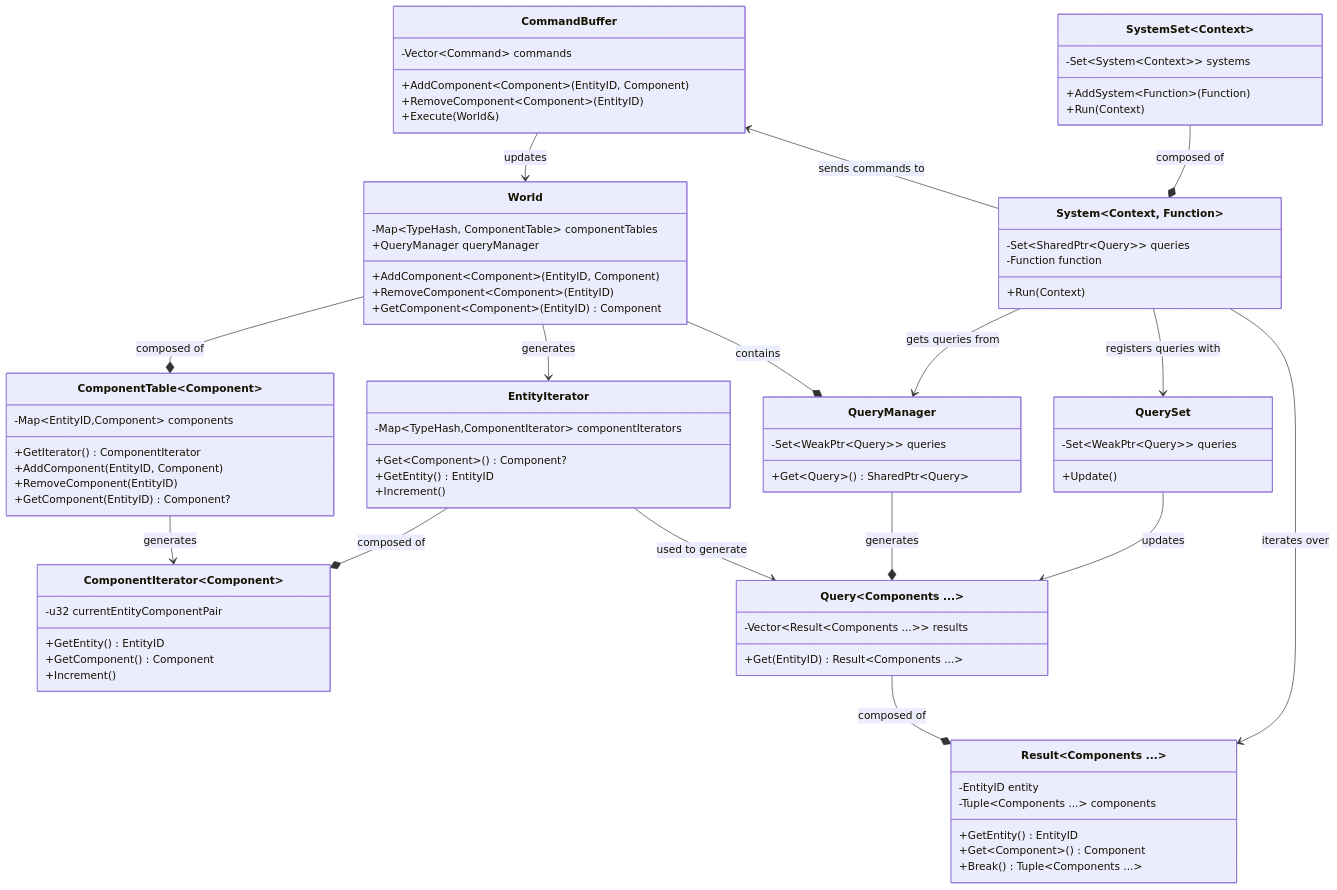
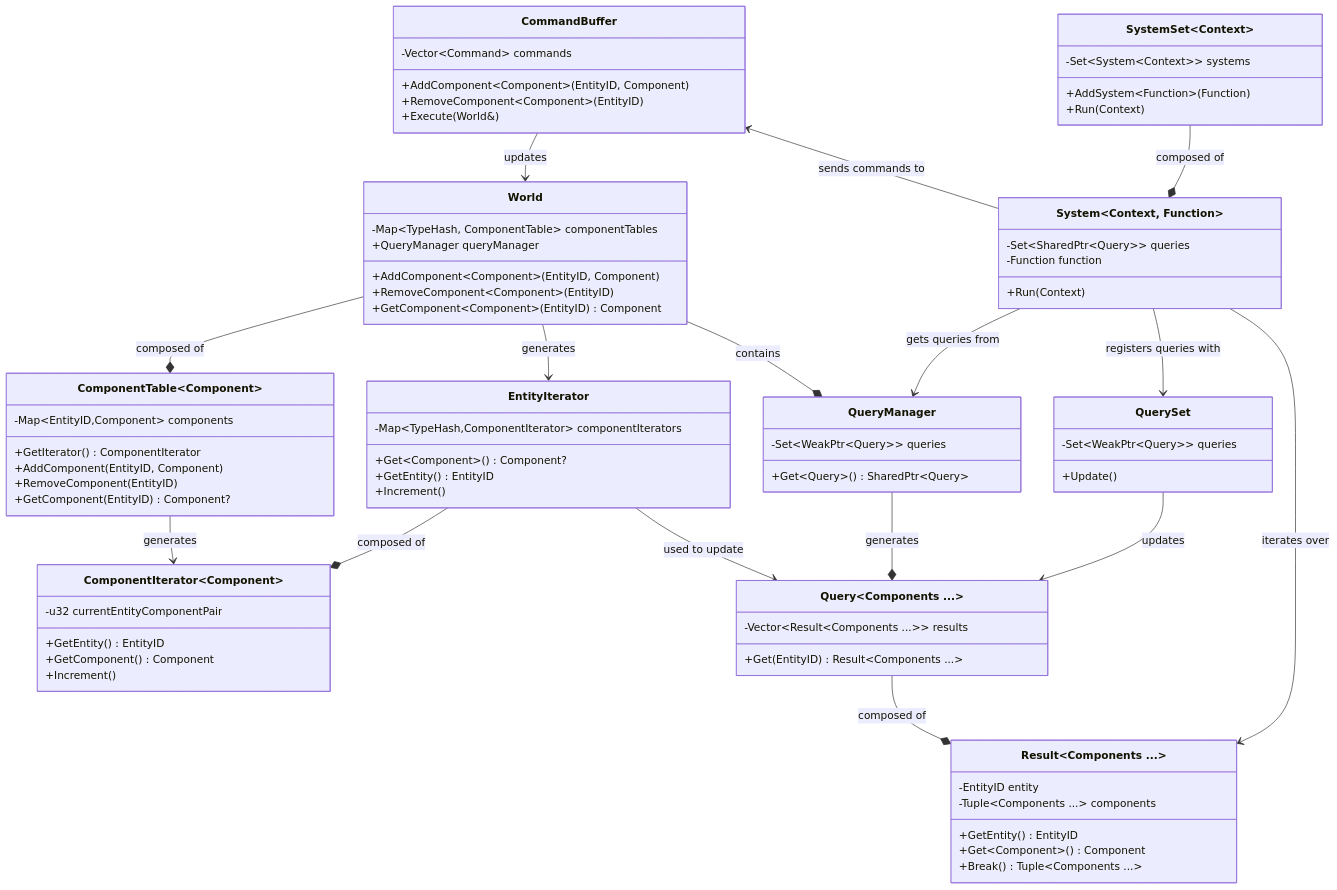
The diagram in _posts/2025-11-01-OnyxECS.md (FlitneyR/flitneyr.github.io), drawn with Mermaid before and after one commit.

Commit message:
Update OnyxECS ECS UML

```diff
--- a/_posts/2025-11-01-OnyxECS.md
+++ b/_posts/2025-11-01-OnyxECS.md
@@ -507,7 +507,7 @@
         +Break() Tuple~Components ...~
     }
 
-    EntityIterator --> Query : used to generate
+    EntityIterator --> Query : used to update
 
     QueryManager --* Query : generates
     World --* QueryManager : contains
```
